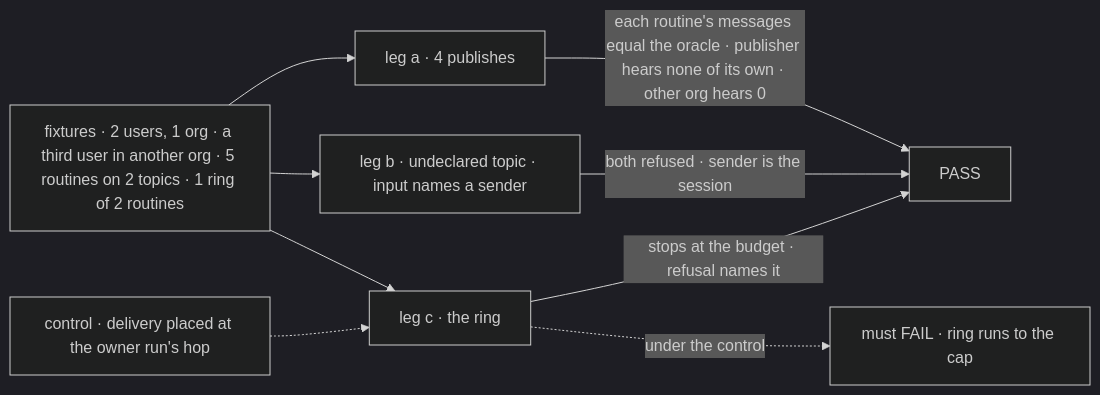
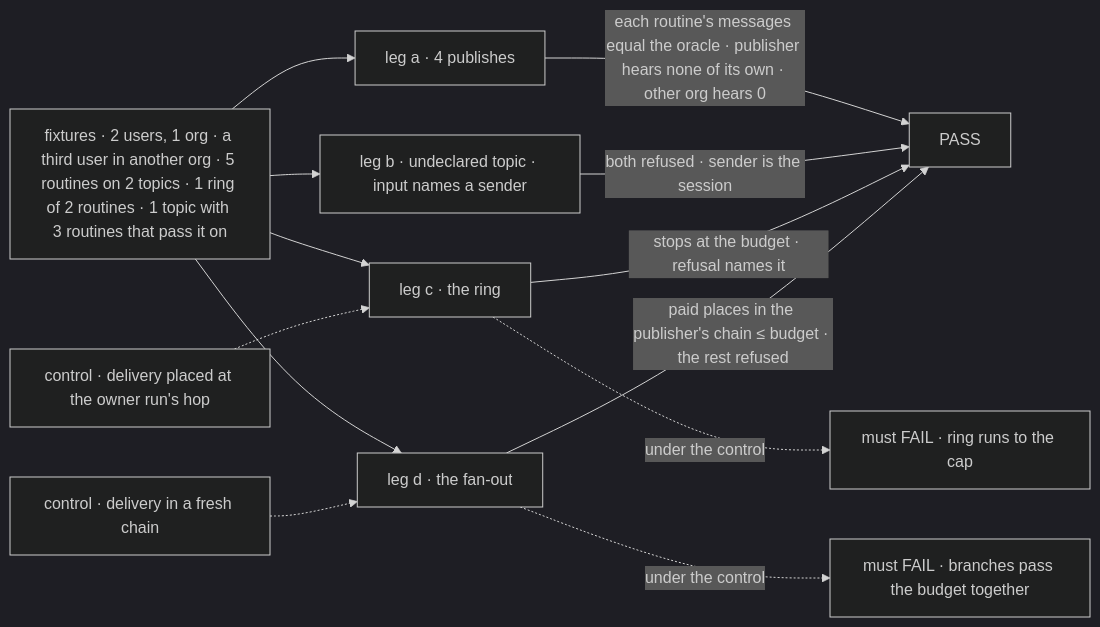
Before and after one commit to fixpoint-labs/flow-state-dev: the first of 2 diagrams in specs/issues/FIX-2630/SPEC.md, drawn with Mermaid (dark theme). The commit also changed other lines of this file and 1 other file, not shown here.

First line of the commit message:
spec(FIX-2630): a publish carries its chain, so a fan-out shares one budget; Q1 now recommends own-user

````diff
--- a/specs/issues/FIX-2630/SPEC.md
+++ b/specs/issues/FIX-2630/SPEC.md
@@ -32,11 +32,15 @@
 ```mermaid
 flowchart LR
-  F["fixtures · 2 users, 1 org · a third user in another org · 5 routines on 2 topics · 1 ring of 2 routines"] --> L1["leg a · 4 publishes"]
+  F["fixtures · 2 users, 1 org · a third user in another org · 5 routines on 2 topics · 1 ring of 2 routines · 1 topic with 3 routines that pass it on"] --> L1["leg a · 4 publishes"]
   F --> L2["leg b · undeclared topic · input names a sender"]
   F --> L3["leg c · the ring"]
   L1 -->|"each routine's messages equal the oracle · publisher hears none of its own · other org hears 0"| P["PASS"]
   L2 -->|"both refused · sender is the session"| P
   L3 -->|"stops at the budget · refusal names it"| P
+  F --> L4["leg d · the fan-out"]
+  L4 -->|"paid places in the publisher's chain ≤ budget · the rest refused"| P
+  C2["control · delivery in a fresh chain"] -.-> L4
+  L4 -.->|"under the control"| X2["must FAIL · branches pass the budget together"]
   C["control · delivery placed at the owner run's hop"] -.-> L3
   L3 -.->|"under the control"| X["must FAIL · ring runs to the cap"]
 ```
````
